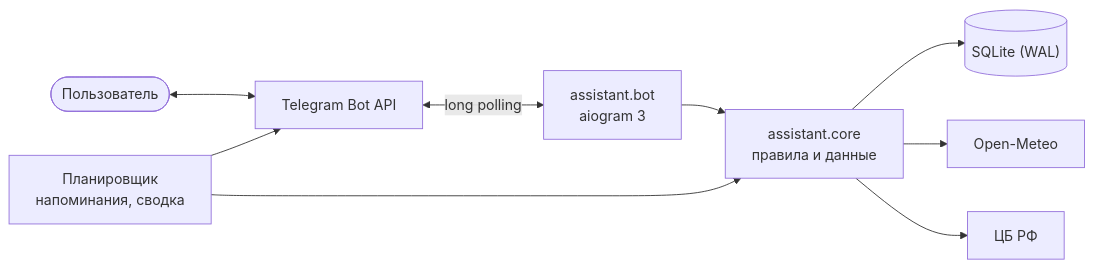
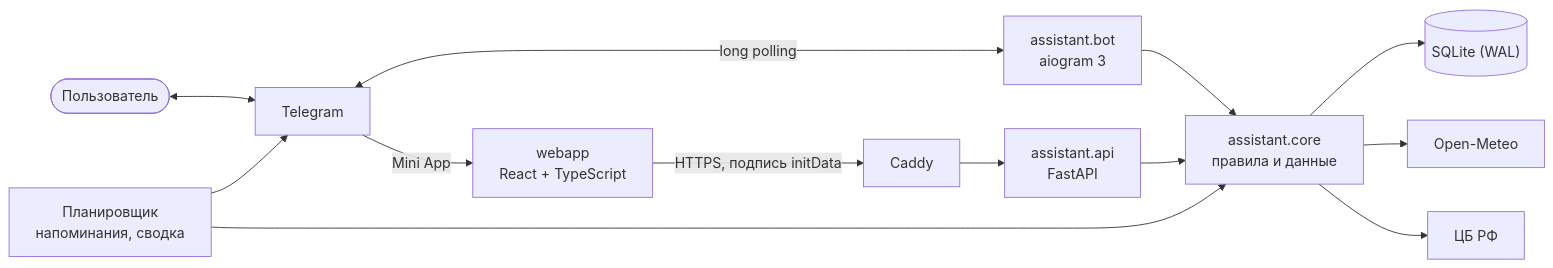
The diagram in README.md (APELSINKos/personal-assistant-bot), drawn with Mermaid before and after one commit. The commit also changed other lines of this file and 10 other files, not shown here.

Commit message:
docs: Mini App в README, архитектуре, разработке, деплое и руководстве; версия 2.1.0

````diff
--- a/README.md
+++ b/README.md
@@ -63,11 +80,15 @@
 ```mermaid
 flowchart LR
-    user([Пользователь]) <--> tg[Telegram Bot API]
+    user([Пользователь]) <--> tg[Telegram]
     tg <-->|long polling| bot["assistant.bot<br/>aiogram 3"]
+    tg -->|Mini App| web["webapp<br/>React + TypeScript"]
+    web -->|"HTTPS, подпись initData"| caddy[Caddy]
+    caddy --> api["assistant.api<br/>FastAPI"]
     bot --> core["assistant.core<br/>правила и данные"]
+    api --> core
     scheduler["Планировщик<br/>напоминания, сводка"] --> core
     scheduler --> tg
     core --> db[("SQLite (WAL)")]
     core --> meteo[Open-Meteo]
     core --> cbr[ЦБ РФ]
 ```
````
